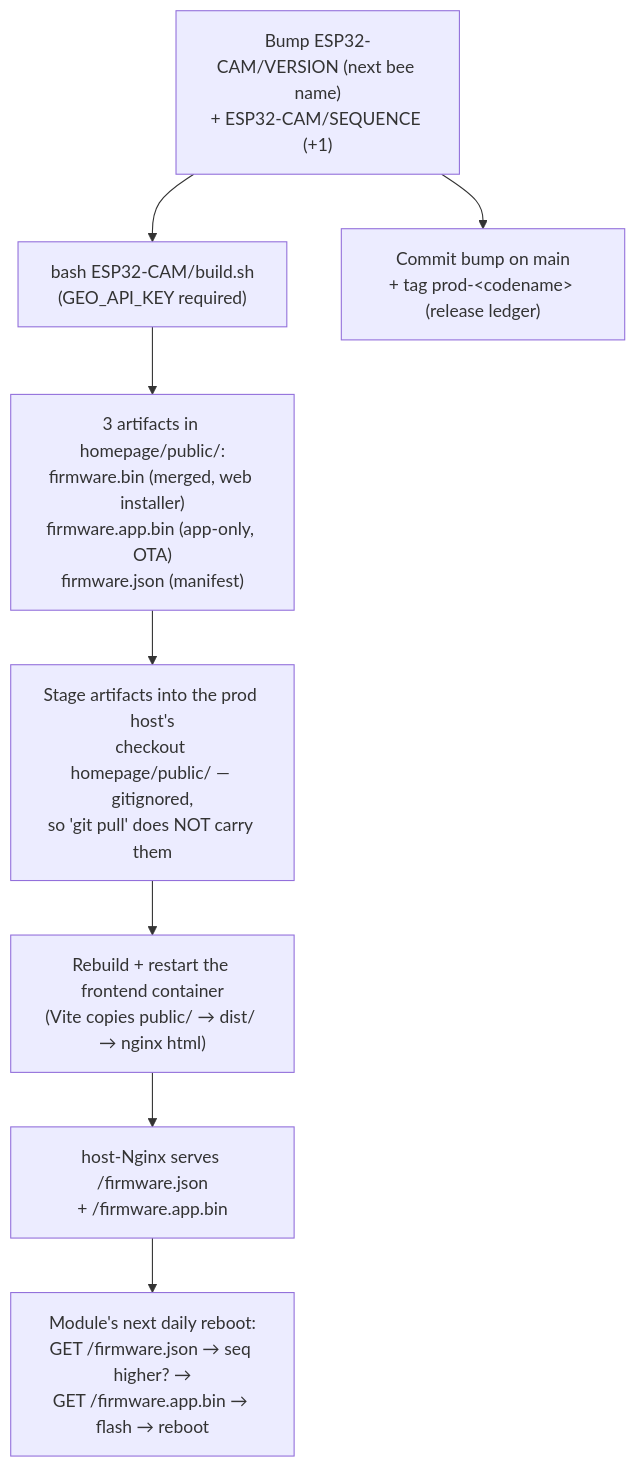
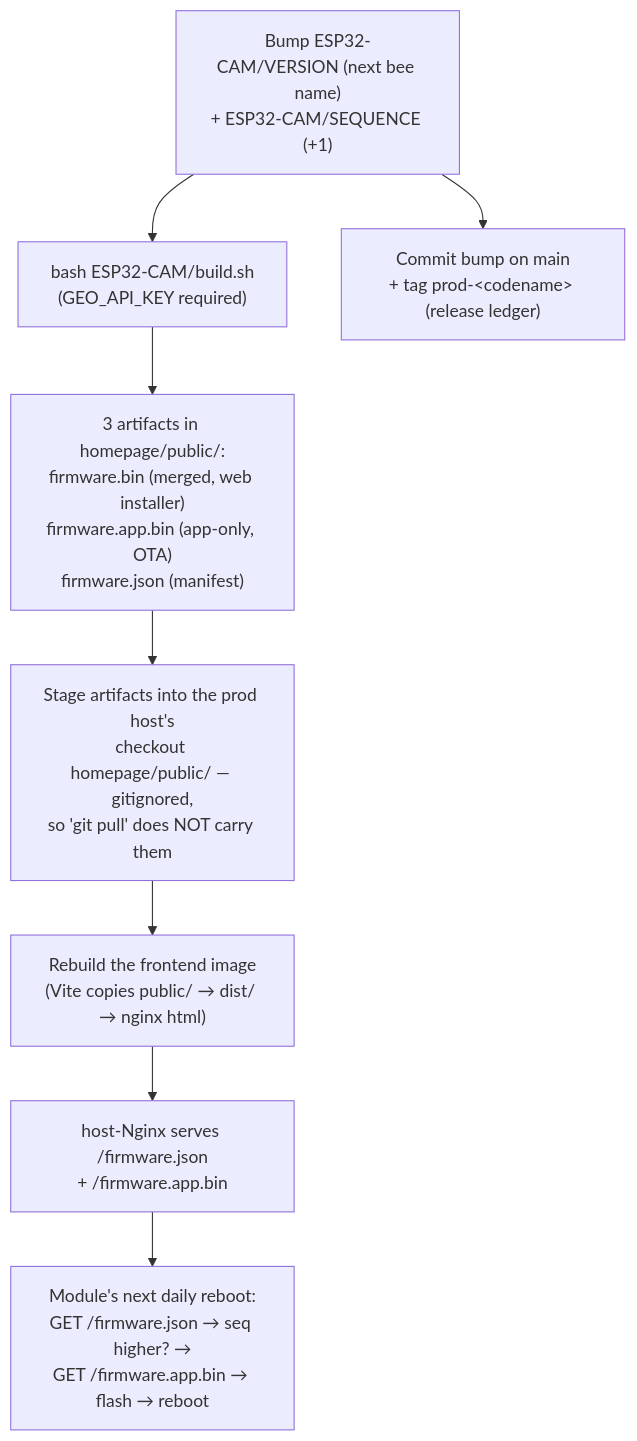
One commit to schutera/highfive changed the diagram in docs/07-deployment-view/firmware-release.md. Above: the diagram before and after it, drawn with Mermaid. The commit also changed other lines of this file and 1 other file, not shown here.

````diff
--- a/docs/07-deployment-view/firmware-release.md
+++ b/docs/07-deployment-view/firmware-release.md
@@ -26,10 +26,10 @@
 ```mermaid
 flowchart TD
     A["Bump ESP32-CAM/VERSION (next bee name)<br/>+ ESP32-CAM/SEQUENCE (+1)"] --> B["bash ESP32-CAM/build.sh<br/>(GEO_API_KEY required)"]
     B --> C["3 artifacts in homepage/public/:<br/>firmware.bin (merged, web installer)<br/>firmware.app.bin (app-only, OTA)<br/>firmware.json (manifest)"]
     C --> D["Stage artifacts into the prod host's<br/>checkout homepage/public/ — gitignored,<br/>so 'git pull' does NOT carry them"]
-    D --> E["Rebuild + restart the frontend container<br/>(Vite copies public/ → dist/ → nginx html)"]
+    D --> E["Rebuild the frontend image<br/>(Vite copies public/ → dist/ → nginx html)"]
     E --> F["host-Nginx serves /firmware.json<br/>+ /firmware.app.bin"]
     F --> G["Module's next daily reboot:<br/>GET /firmware.json → seq higher? →<br/>GET /firmware.app.bin → flash → reboot"]
     A --> H["Commit bump on main<br/>+ tag prod-&lt;codename&gt; (release ledger)"]
 ```
````
